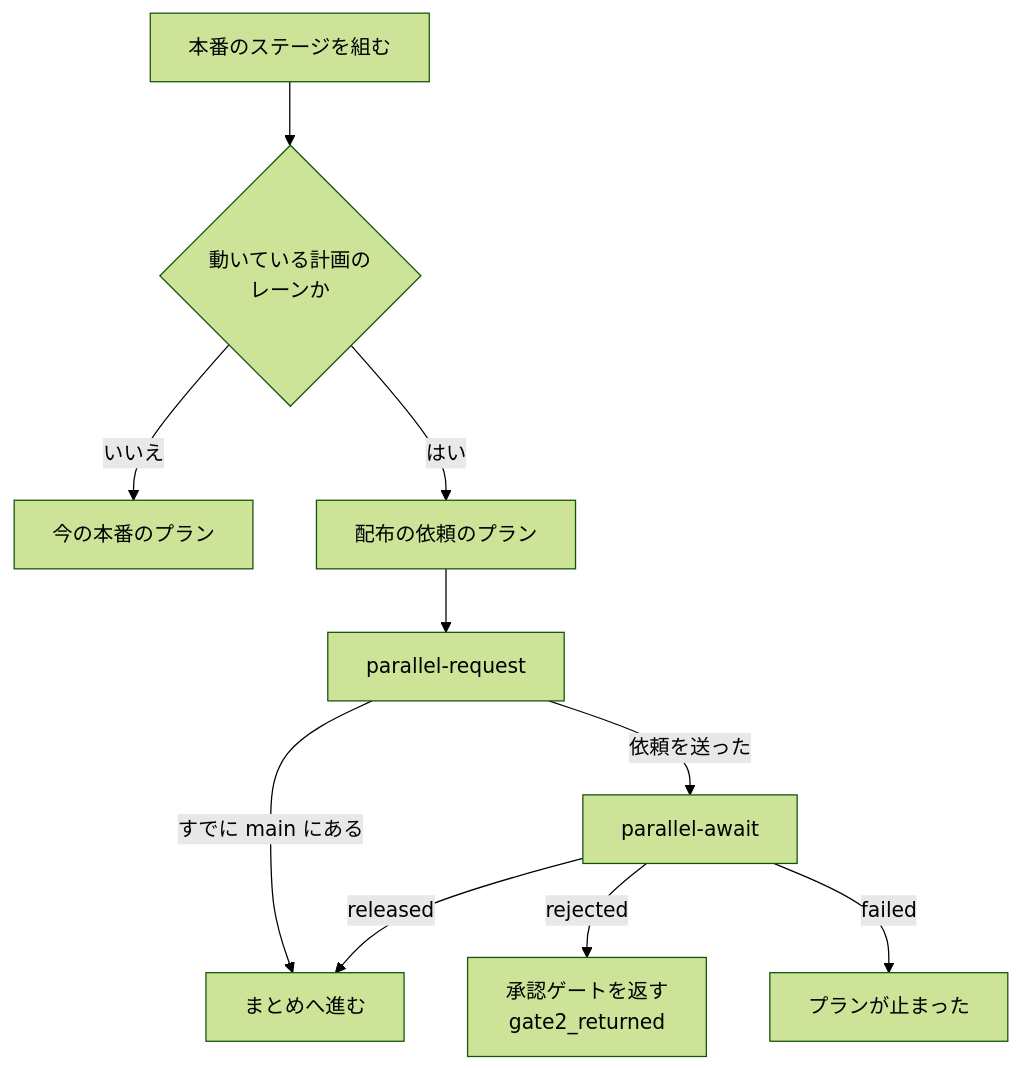
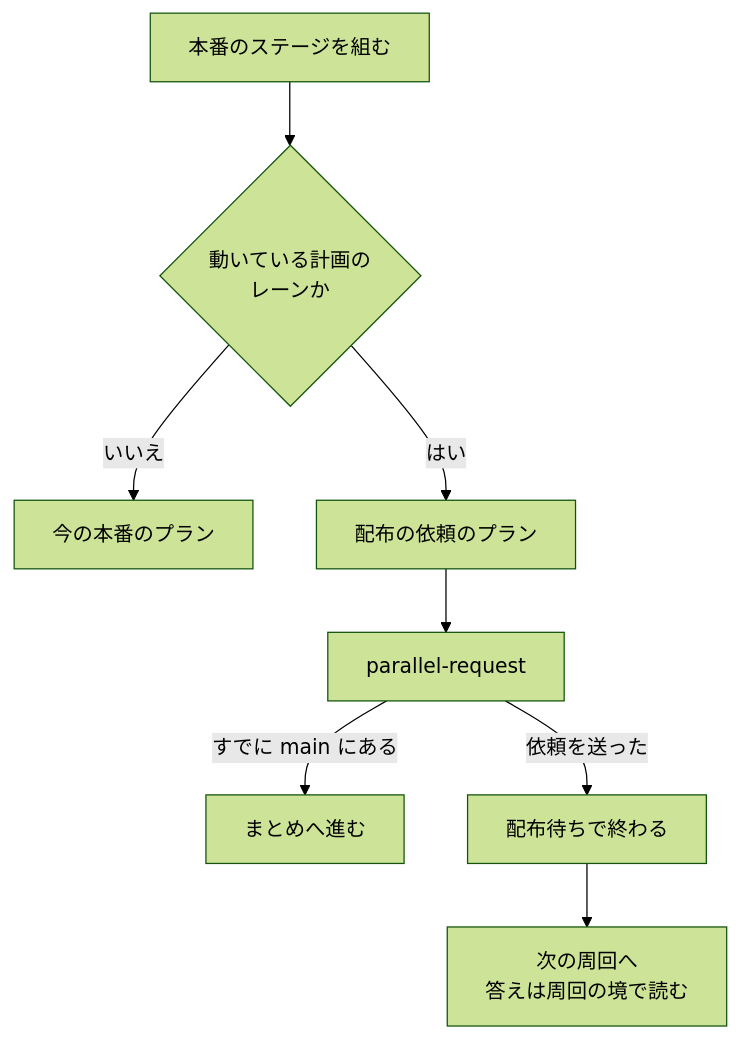
Before and after one commit to devbasex/ai-plugins: the sixth of 6 diagrams in issues/issue-2436-design.md, drawn with Mermaid (forest theme). The commit also changed other lines of this file and 5 other files, not shown here.

````diff
--- a/issues/issue-2436-design.md
+++ b/issues/issue-2436-design.md
@@ -456,12 +475,10 @@
 ```mermaid
 graph TD
     A[本番のステージを組む] --> B{動いている計画の<br/>レーンか}
     B -->|いいえ| C[今の本番のプラン]
     B -->|はい| D[配布の依頼のプラン]
     D --> E[parallel-request]
     E -->|すでに main にある| G[まとめへ進む]
-    E -->|依頼を送った| F[parallel-await]
-    F -->|released| G
-    F -->|rejected| H[承認ゲートを返す<br/>gate2_returned]
-    F -->|failed| I[プランが止まった]
+    E -->|依頼を送った| F[配布待ちで終わる]
+    F --> H[次の周回へ<br/>答えは周回の境で読む]
 ```
````
